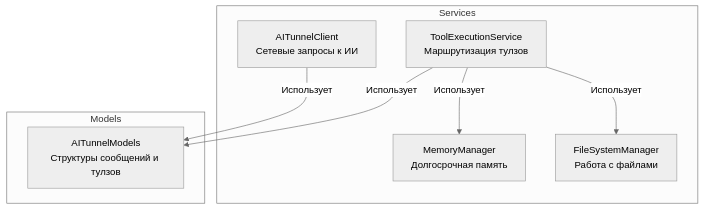
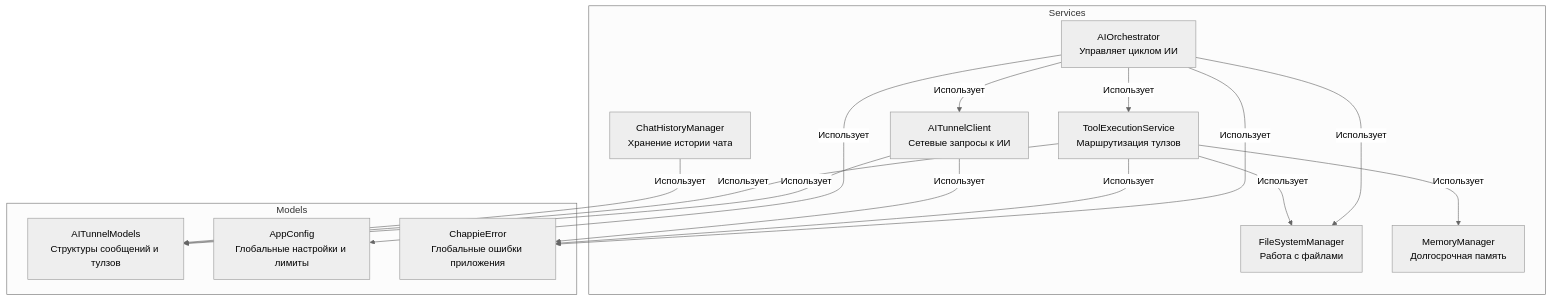
The diagram in ChappieCore/AI_Docs/architecture.md (iOSIvanovS/chappieai), drawn with Mermaid (neutral theme) before and after one commit. The commit also changed 11 other files, not shown here.

````diff
--- a/ChappieCore/AI_Docs/architecture.md
+++ b/ChappieCore/AI_Docs/architecture.md
@@ -3,18 +3,31 @@
 ```mermaid
 graph TD
     subgraph Services
+        AIOrchestrator[AIOrchestrator<br/>Управляет циклом ИИ]
         AITunnelClient[AITunnelClient<br/>Сетевые запросы к ИИ]
         ToolExecutionService[ToolExecutionService<br/>Маршрутизация тулзов]
         FileSystemManager[FileSystemManager<br/>Работа с файлами]
         MemoryManager[MemoryManager<br/>Долгосрочная память]
+        ChatHistoryManager[ChatHistoryManager<br/>Хранение истории чата]
     end
 
     subgraph Models
         AITunnelModels[AITunnelModels<br/>Структуры сообщений и тулзов]
+        AppConfig[AppConfig<br/>Глобальные настройки и лимиты]
+        ChappieError[ChappieError<br/>Глобальные ошибки приложения]
     end
+
+    AIOrchestrator -->|Использует| AITunnelClient
+    AIOrchestrator -->|Использует| ToolExecutionService
+    AIOrchestrator -->|Использует| FileSystemManager
+    AIOrchestrator -->|Использует| AppConfig
+    AIOrchestrator -->|Использует| ChappieError
 
     ToolExecutionService -->|Использует| FileSystemManager
     ToolExecutionService -->|Использует| MemoryManager
+    ToolExecutionService -->|Использует| ChappieError
     AITunnelClient -->|Использует| AITunnelModels
+    AITunnelClient -->|Использует| ChappieError
     ToolExecutionService -->|Использует| AITunnelModels
+    ChatHistoryManager -->|Использует| AITunnelModels
 ```
````
